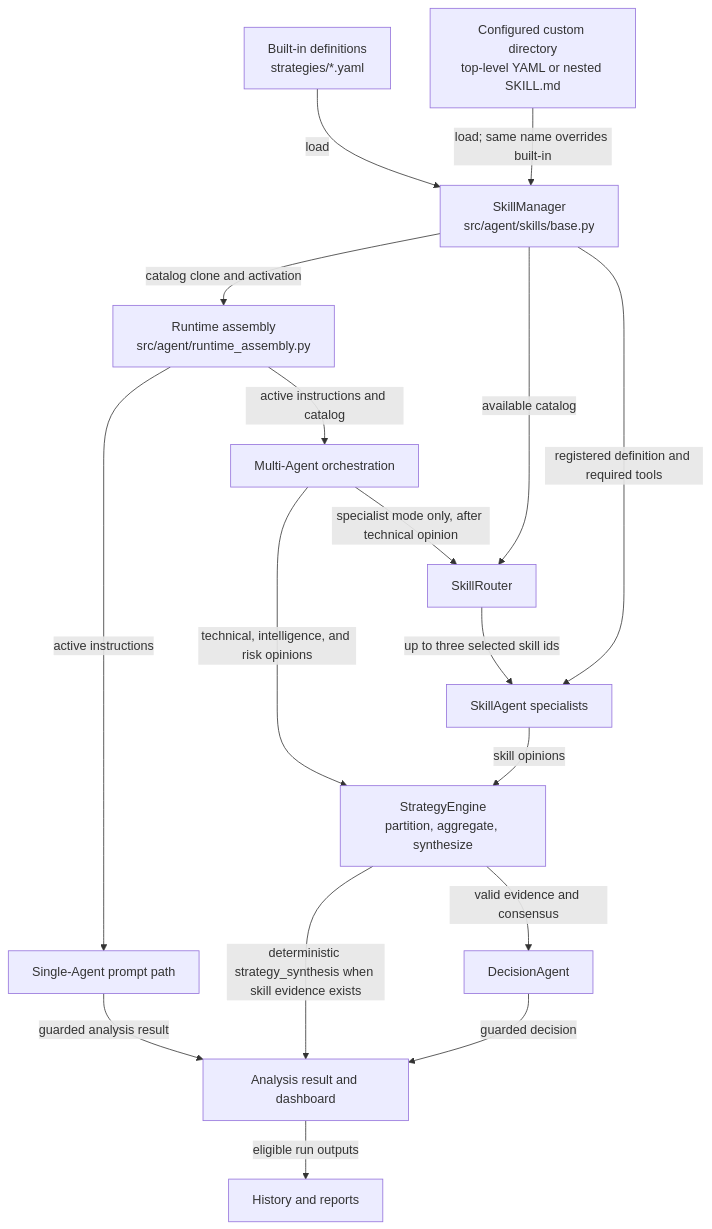
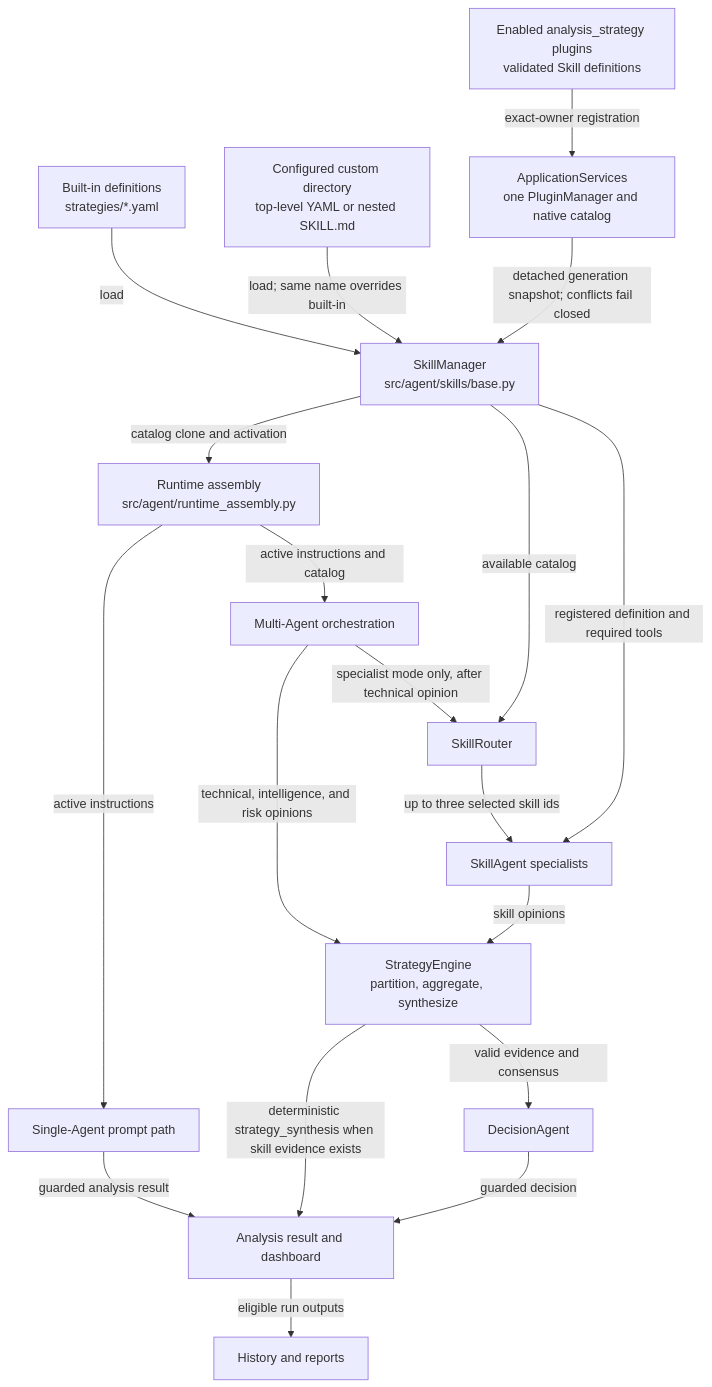
The third of 3 diagrams in docs/architecture-overview.md (SiinXu/stock-pulse-ai), drawn with Mermaid before and after one commit. The commit also changed other lines of this file and 19 other files, not shown here.

Commit message:
feat: wire analysis strategy plugins

````diff
--- a/docs/architecture-overview.md
+++ b/docs/architecture-overview.md
@@ -209,21 +209,23 @@
 ```mermaid
 flowchart TB
   BUILTIN[Built-in definitions<br/>strategies/*.yaml] -->|load| MANAGER[SkillManager<br/>src/agent/skills/base.py]
   CUSTOM[Configured custom directory<br/>top-level YAML or nested SKILL.md] -->|load; same name overrides built-in| MANAGER
+  PLUGIN[Enabled analysis_strategy plugins<br/>validated Skill definitions] -->|exact-owner registration| ROOT[ApplicationServices<br/>one PluginManager and native catalog]
+  ROOT -->|detached generation snapshot; conflicts fail closed| MANAGER
   MANAGER -->|catalog clone and activation| ASSEMBLY[Runtime assembly<br/>src/agent/runtime_assembly.py]
 
   ASSEMBLY -->|active instructions| SINGLE[Single-Agent prompt path]
   SINGLE -->|guarded analysis result| RESULT[Analysis result and dashboard]
 
   ASSEMBLY -->|active instructions and catalog| MULTI[Multi-Agent orchestration]
   MULTI -->|technical, intelligence, and risk opinions| ENGINE[StrategyEngine<br/>partition, aggregate, synthesize]
   MULTI -->|specialist mode only, after technical opinion| ROUTER[SkillRouter]
   MANAGER -->|available catalog| ROUTER
   ROUTER -->|up to three selected skill ids| AGENTS[SkillAgent specialists]
   MANAGER -->|registered definition and required tools| AGENTS
   AGENTS -->|skill opinions| ENGINE
   ENGINE -->|valid evidence and consensus| DECISION[DecisionAgent]
   ENGINE -->|deterministic strategy_synthesis when skill evidence exists| RESULT
   DECISION -->|guarded decision| RESULT
   RESULT -->|eligible run outputs| CONSUMERS[History and reports]
 ```
````
